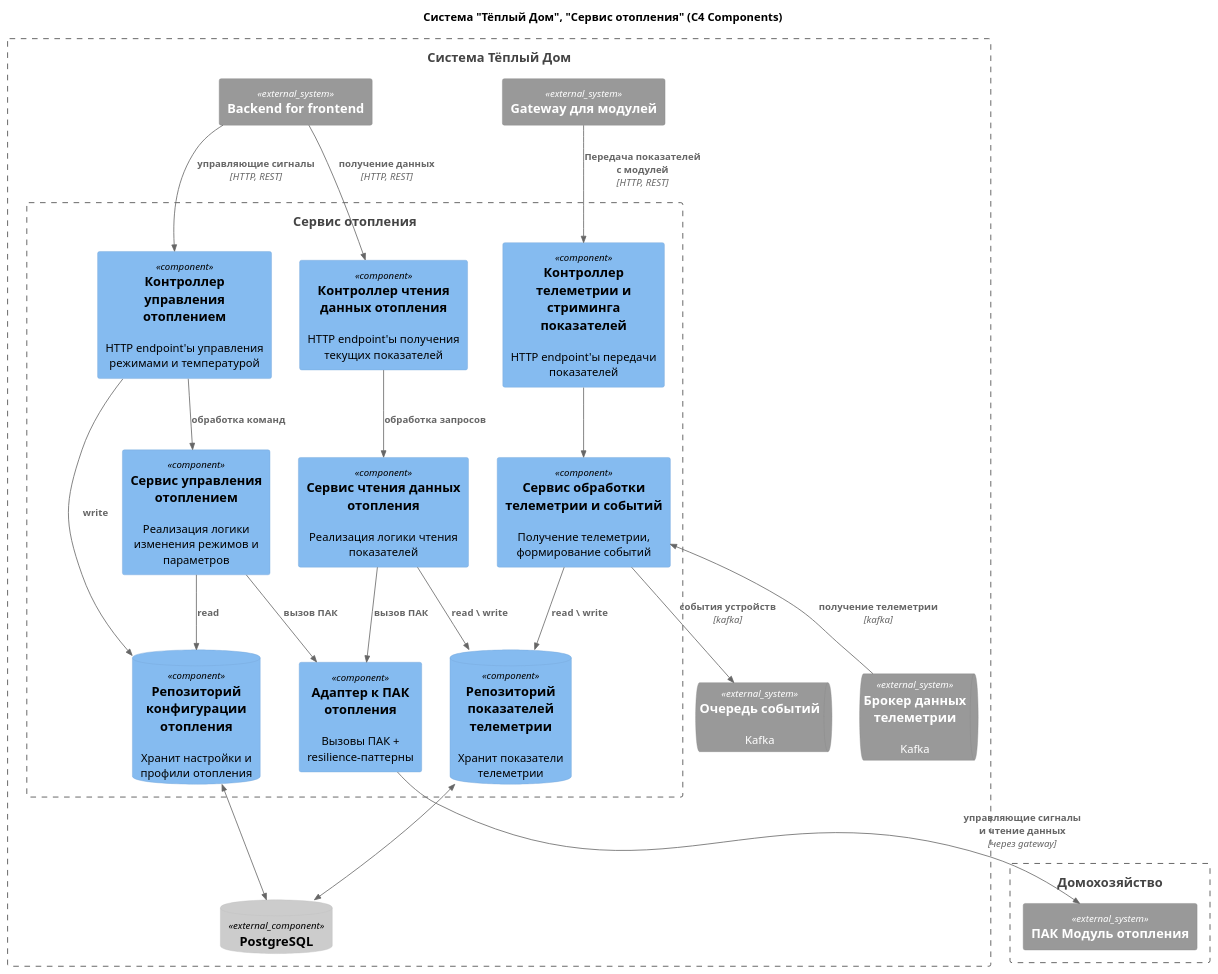
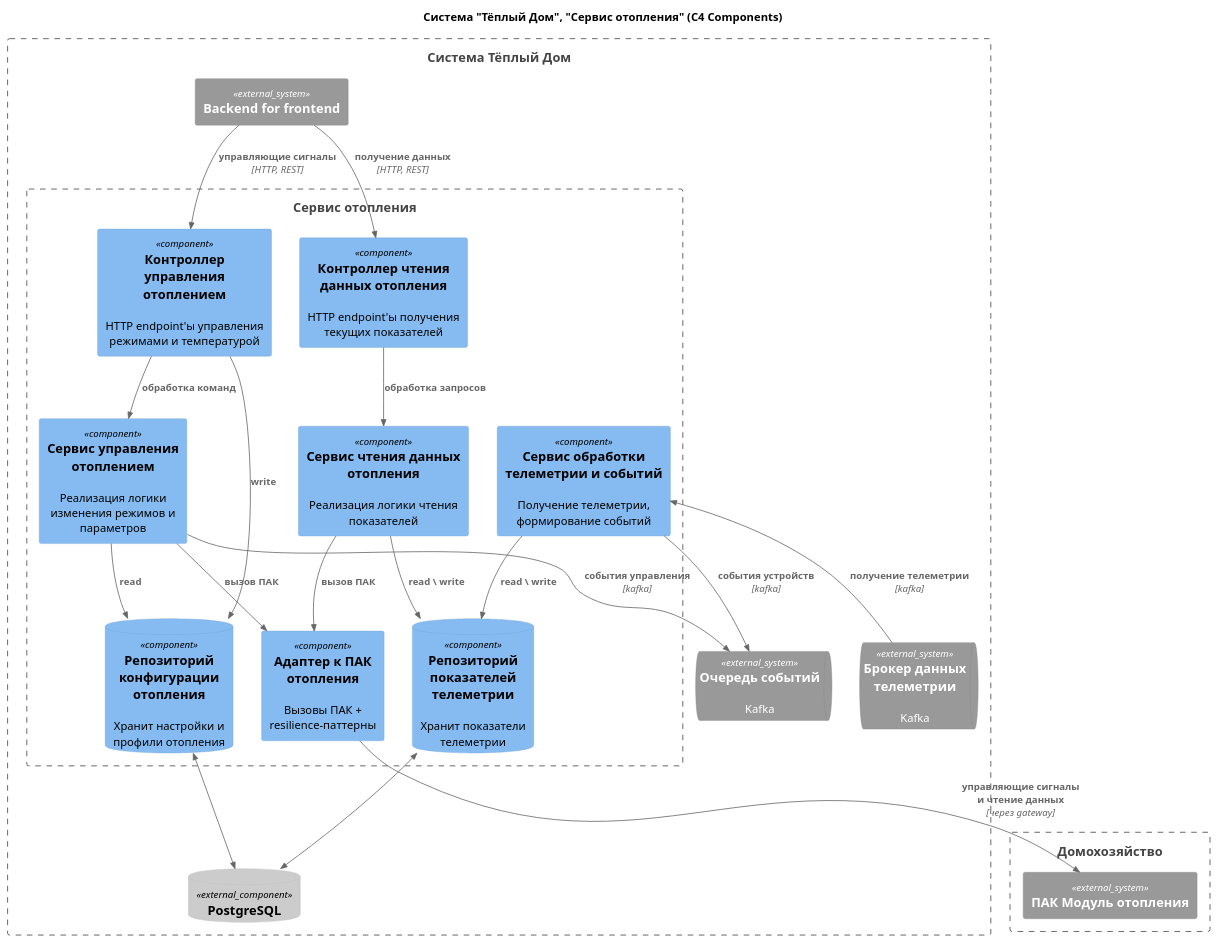
The diagram in schemas/components/WarmHouse_Components_heat.puml (kalach77rus/warmhouse), drawn with PlantUML before and after one commit. The commit also changed 1 other file, not shown here.

```diff
--- a/schemas/components/WarmHouse_Components_heat.puml
+++ b/schemas/components/WarmHouse_Components_heat.puml
@@ -1,56 +1,53 @@
 @startuml warmhouse heat components diagram
 !include ../assets/C4_templates/C4_Component.puml
 
 title Система "Тёплый Дом", "Сервис отопления" (C4 Components)
 
 Boundary(main, "Система Тёплый Дом") {
 
     Boundary(service, "Сервис отопления") {
         Component(heat_ctrl, "Контроллер управления отоплением", "", "HTTP endpoint'ы управления режимами и температурой")
         Component(heat_query_ctrl, "Контроллер чтения данных отопления", "", "HTTP endpoint'ы получения текущих показателей")
-        Component(streaming_ctrl, "Контроллер телеметрии и стриминга показателей", "", "HTTP endpoint'ы передачи показателей")
 
         Component(heat_command_srv, "Сервис управления отоплением", "", "Реализация логики изменения режимов и параметров")
         Component(heat_query_srv, "Сервис чтения данных отопления", "", "Реализация логики чтения показателей")
         Component(module_adapter, "Адаптер к ПАК отопления", "", "Вызовы ПАК + resilience-паттерны")
         Component(events_srv, "Сервис обработки телеметрии и событий", "", "Получение телеметрии, формирование событий")
 
         ComponentDb(config_repo, "Репозиторий конфигурации отопления", "", "Хранит настройки и профили отопления")
         ComponentDb(tele_repo, "Репозиторий показателей телеметрии", "", "Хранит показатели телеметрии")
     }
 
     ComponentDb_Ext(pgdb, "PostgreSQL", "", "")
-    System_Ext(gateway, "Gateway для модулей", "", "")
     System_Ext(bff, "Backend for frontend", "", "")
     SystemQueue_Ext(event_queue, "Очередь событий", "Kafka", "")
     SystemQueue_Ext(message_broker, "Брокер данных телеметрии", "Kafka", "")
 
 }
 
 Boundary(home, "Домохозяйство") {
     System_Ext(heat_module, "ПАК Модуль отопления", "")
 }
 
-Rel(gateway, streaming_ctrl, "Передача показателей с модулей", "HTTP, REST")
 Rel(bff, heat_ctrl, "управляющие сигналы", "HTTP, REST")
 Rel(bff, heat_query_ctrl, "получение данных", "HTTP, REST")
 
 Rel(heat_ctrl, heat_command_srv, "обработка команд")
 Rel(heat_query_ctrl, heat_query_srv, "обработка запросов")
 Rel(heat_command_srv, module_adapter, "вызов ПАК")
 Rel(heat_query_srv, module_adapter, "вызов ПАК")
-Rel(streaming_ctrl, events_srv, "")
 
 Rel(module_adapter, heat_module, "управляющие сигналы и чтение данных", "через gateway")
 
 Rel_U(message_broker, events_srv, "получение телеметрии", "kafka")
 Rel(events_srv, event_queue, "события устройств", "kafka")
+Rel(heat_command_srv, event_queue, "события управления", "kafka")
 Rel(events_srv, tele_repo, "read \ write")
 
 Rel(heat_command_srv, config_repo, "read")
 Rel(heat_query_srv, tele_repo, "read \ write")
 Rel_D(heat_ctrl, config_repo, "write")
 BiRel_D(config_repo, pgdb, "")
 BiRel_D(tele_repo, pgdb, "")
 
 @enduml
```
